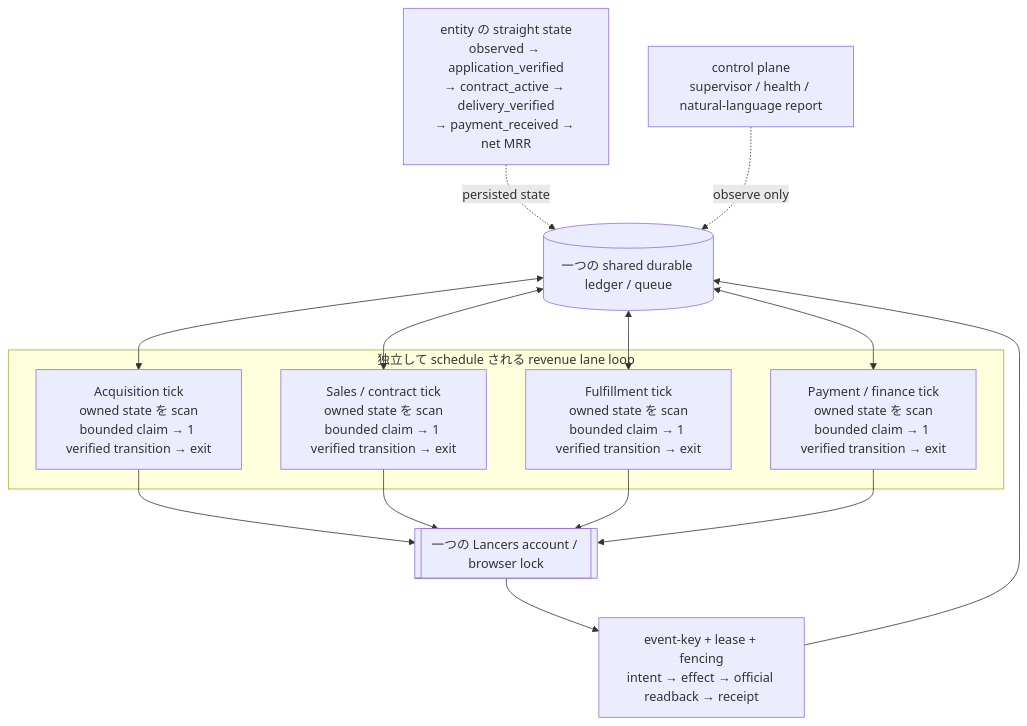
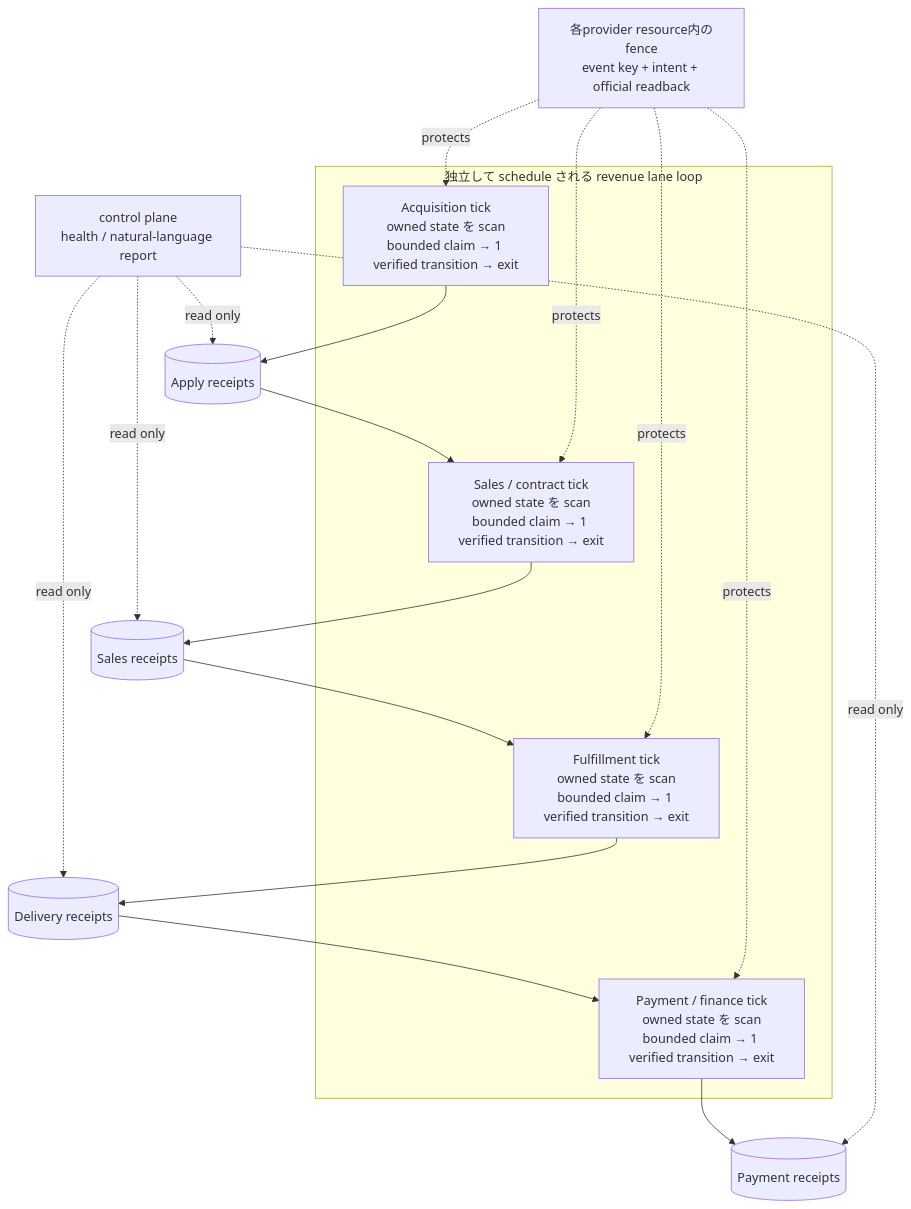
The second of 5 diagrams in docs/superpowers/specs/2026-08-13-lancers-20k-net-mrr-design.md (Daisuke134/anicca), drawn with Mermaid before and after one commit. The commit also changed other lines of this file, not shown here.

Commit message:
docs(lancers): remove global lock requirement

````diff
--- a/docs/superpowers/specs/2026-08-13-lancers-20k-net-mrr-design.md
+++ b/docs/superpowers/specs/2026-08-13-lancers-20k-net-mrr-design.md
@@ -230,26 +231,28 @@
 ```mermaid
 flowchart TB
-  Q[(一つの shared durable ledger / queue)]
+  AR[(Apply receipts)]
+  SR[(Sales receipts)]
+  DR[(Delivery receipts)]
+  PR[(Payment receipts)]
 
   subgraph L[独立して schedule される revenue lane loop]
     A[Acquisition tick<br/>owned state を scan<br/>bounded claim → 1 verified transition → exit]
     S[Sales / contract tick<br/>owned state を scan<br/>bounded claim → 1 verified transition → exit]
     F[Fulfillment tick<br/>owned state を scan<br/>bounded claim → 1 verified transition → exit]
     P[Payment / finance tick<br/>owned state を scan<br/>bounded claim → 1 verified transition → exit]
   end
 
-  Q <--> A
-  Q <--> S
-  Q <--> F
-  Q <--> P
+  A --> AR --> S
+  S --> SR --> F
+  F --> DR --> P
+  P --> PR
 
-  A --> X[[一つの Lancers account / browser lock]]
-  S --> X
-  F --> X
-  P --> X
-  X --> Y[event-key + lease + fencing<br/>intent → effect → official readback → receipt]
-  Y --> Q
-
-  E[entity の straight state<br/>observed → application_verified<br/>→ contract_active → delivery_verified<br/>→ payment_received → net MRR] -. persisted state .-> Q
-  C[control plane<br/>supervisor / health / natural-language report] -. observe only .-> Q
+  E[各provider resource内のfence<br/>event key + intent + official readback] -. protects .-> A
+  E -. protects .-> S
+  E -. protects .-> F
+  E -. protects .-> P
+  C[control plane<br/>health / natural-language report] -. read only .-> AR
+  C -. read only .-> SR
+  C -. read only .-> DR
+  C -. read only .-> PR
 ```
````
